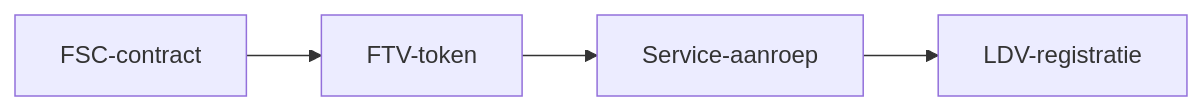
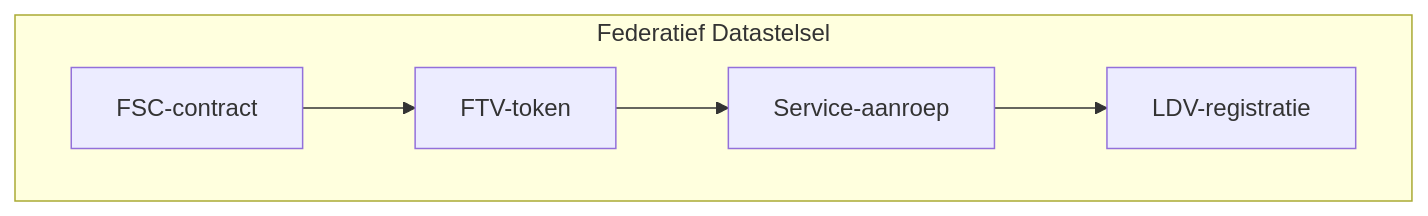
The diagram in Docs/structurizr/decisions/addendum/profiel-service-logging-en-toegang.md (MinBZK/MijnOverheidZakelijk), drawn with Mermaid before and after one commit. The commit also changed other lines of this file and 5 other files, not shown here.

````diff
--- a/Docs/structurizr/decisions/addendum/profiel-service-logging-en-toegang.md
+++ b/Docs/structurizr/decisions/addendum/profiel-service-logging-en-toegang.md
@@ -123,11 +118,15 @@
     ```mermaid
-    flowchart LR
-        Contract[FSC-contract]
-        Token[FTV-token]
-        Service[Service-aanroep]
-        Log[LDV-registratie]
+    flowchart
+        subgraph FDS["Federatief Datastelsel"]
+            direction LR
 
-        Contract --> Token
-        Token --> Service
-        Service --> Log
+            Contract[FSC-contract]
+            Token[FTV-token]
+            Service[Service-aanroep]
+            Log[LDV-registratie]
+
+            Contract --> Token
+            Token --> Service
+            Service --> Log
+        end
     ```
````
